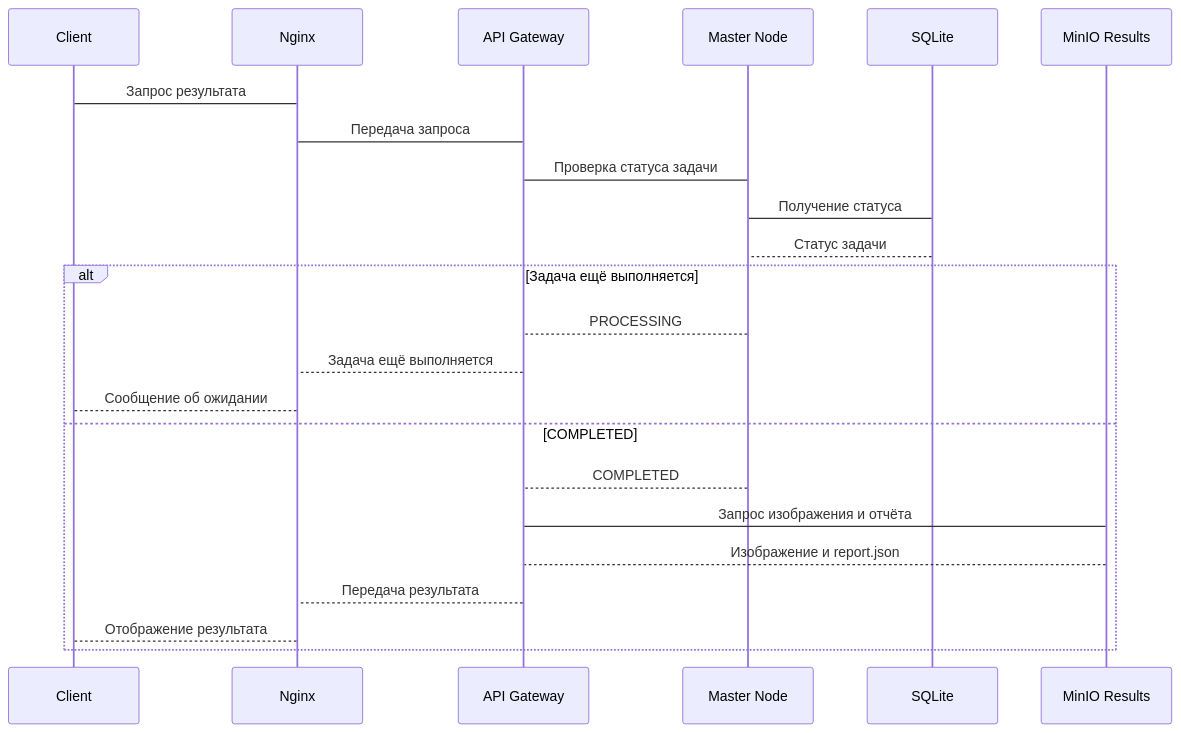
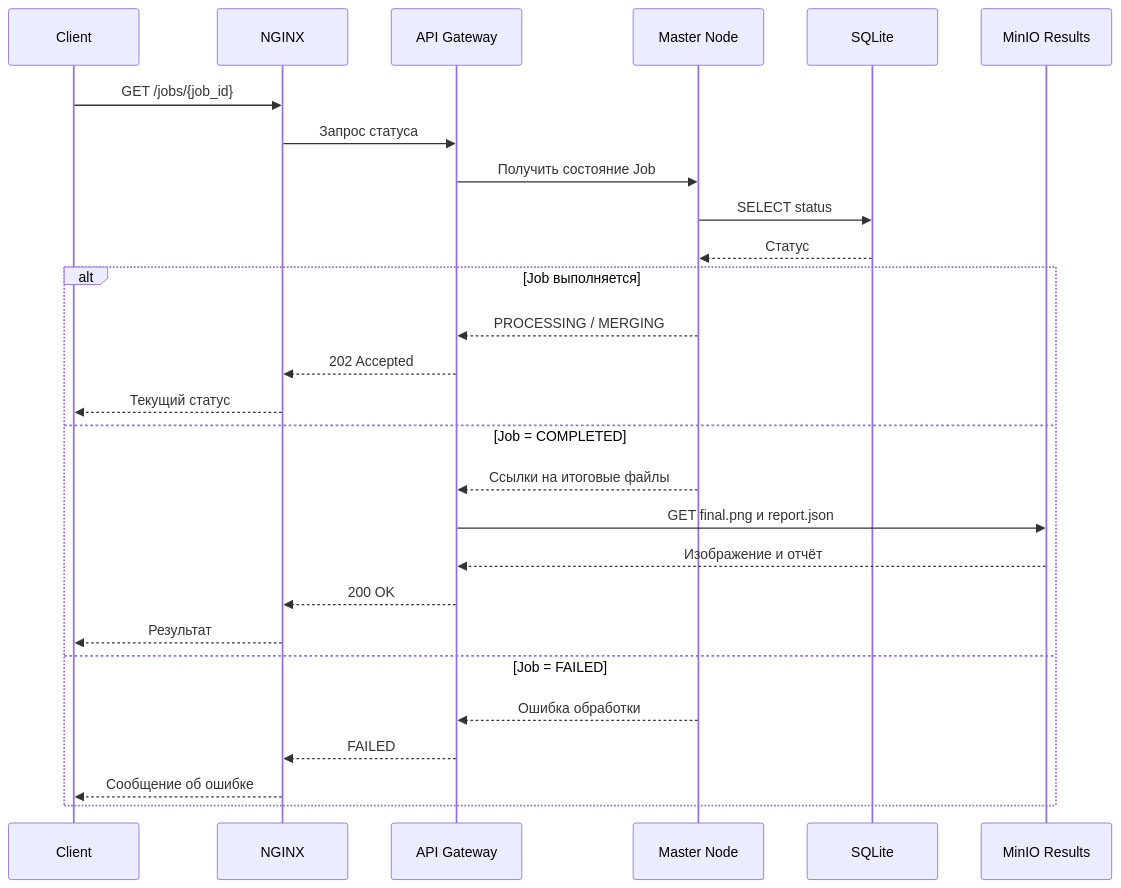
Before and after one commit to spbu-ds-practicum-2026/vibeflow: the sixth of 12 diagrams in docs/tr.md, drawn with Mermaid. The commit also changed other lines of this file, not shown here.

````diff
--- a/docs/tr.md
+++ b/docs/tr.md
@@ -354,27 +539,31 @@
 ```mermaid
 sequenceDiagram
     participant C as Client
-    participant N as Nginx
+    participant N as NGINX
     participant API as API Gateway
     participant M as Master Node
     participant DB as SQLite
     participant R as MinIO Results
 
-    C->N: Запрос результата
-    N->API: Передача запроса
-    API->M: Проверка статуса задачи
-    M->DB: Получение статуса
-    DB-->M: Статус задачи
+    C->>N: GET /jobs/{job_id}
+    N->>API: Запрос статуса
+    API->>M: Получить состояние Job
+    M->>DB: SELECT status
+    DB-->>M: Статус
 
-    alt Задача ещё выполняется
-        M-->API: PROCESSING
-        API-->N: Задача ещё выполняется
-        N-->C: Сообщение об ожидании
-    else COMPLETED
-        M-->API: COMPLETED
-        API->R: Запрос изображения и отчёта
-        R-->API: Изображение и report.json
-        API-->N: Передача результата
-        N-->C: Отображение результата
+    alt Job выполняется
+        M-->>API: PROCESSING / MERGING
+        API-->>N: 202 Accepted
+        N-->>C: Текущий статус
+    else Job = COMPLETED
+        M-->>API: Ссылки на итоговые файлы
+        API->>R: GET final.png и report.json
+        R-->>API: Изображение и отчёт
+        API-->>N: 200 OK
+        N-->>C: Результат
+    else Job = FAILED
+        M-->>API: Ошибка обработки
+        API-->>N: FAILED
+        N-->>C: Сообщение об ошибке
     end
 ```
````
